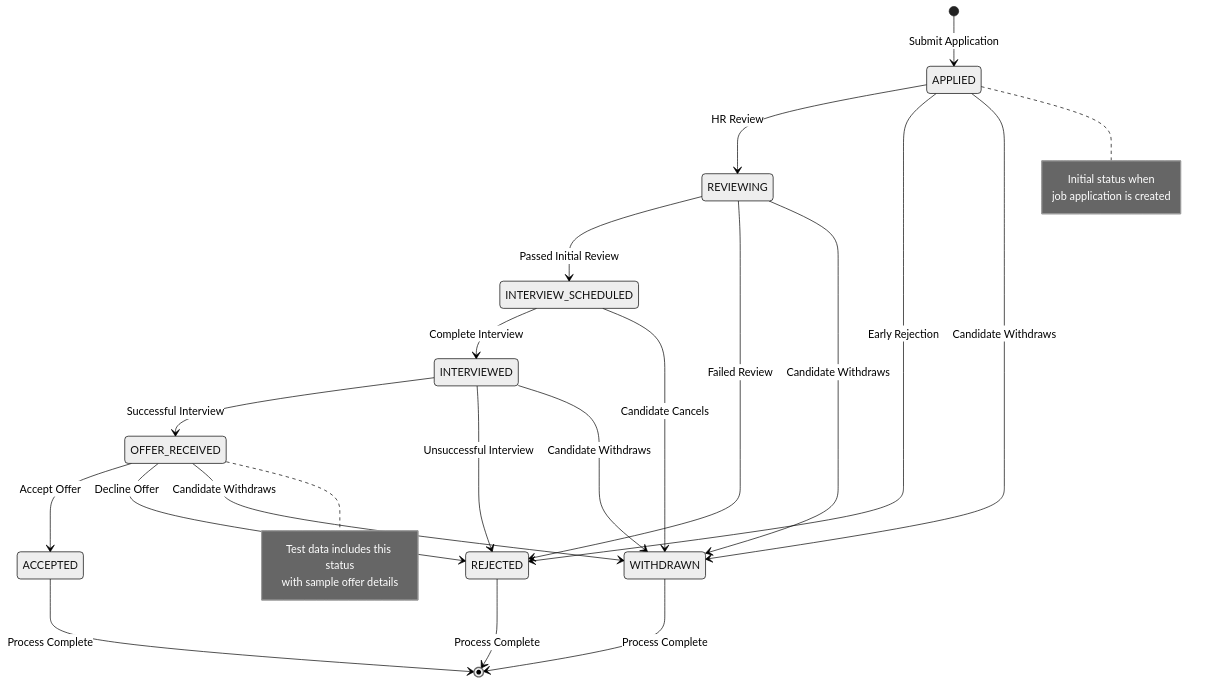
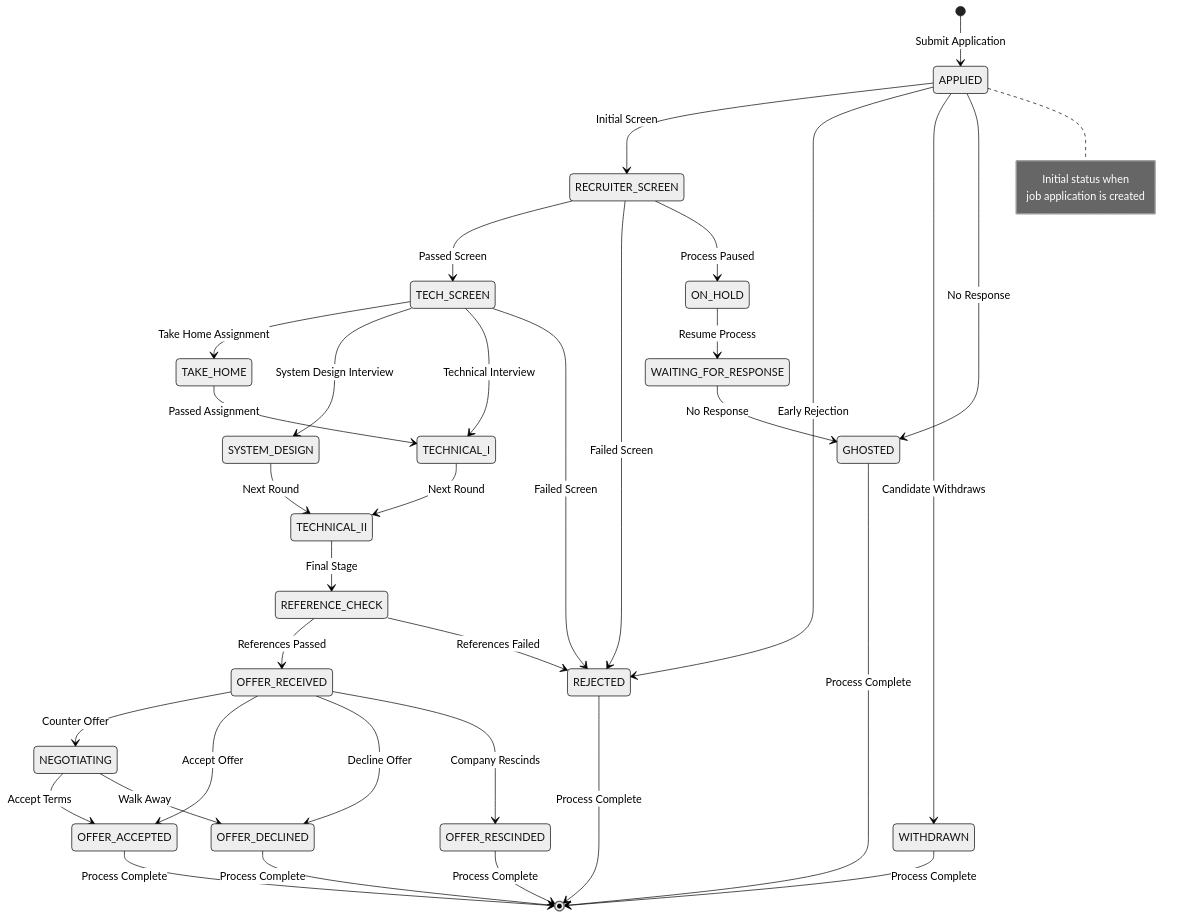
The fifth of 5 diagrams in README.md (Jnolcox/job-tracker), drawn with Mermaid (neutral theme) before and after one commit. The commit also changed other lines of this file and 1 other file, not shown here.

````diff
--- a/README.md
+++ b/README.md
@@ -222,37 +229,49 @@
 ```mermaid
 stateDiagram-v2
     [*] --> APPLIED: Submit Application
-    
-    APPLIED --> REVIEWING: HR Review
+
+    APPLIED --> RECRUITER_SCREEN: Initial Screen
     APPLIED --> REJECTED: Early Rejection
     APPLIED --> WITHDRAWN: Candidate Withdraws
-    
-    REVIEWING --> INTERVIEW_SCHEDULED: Passed Initial Review
-    REVIEWING --> REJECTED: Failed Review
-    REVIEWING --> WITHDRAWN: Candidate Withdraws
-    
-    INTERVIEW_SCHEDULED --> INTERVIEWED: Complete Interview
-    INTERVIEW_SCHEDULED --> WITHDRAWN: Candidate Cancels
-    
-    INTERVIEWED --> OFFER_RECEIVED: Successful Interview
-    INTERVIEWED --> REJECTED: Unsuccessful Interview
-    INTERVIEWED --> WITHDRAWN: Candidate Withdraws
-    
-    OFFER_RECEIVED --> ACCEPTED: Accept Offer
-    OFFER_RECEIVED --> REJECTED: Decline Offer
-    OFFER_RECEIVED --> WITHDRAWN: Candidate Withdraws
-    
-    ACCEPTED --> [*]: Process Complete
+    APPLIED --> GHOSTED: No Response
+
+    RECRUITER_SCREEN --> TECH_SCREEN: Passed Screen
+    RECRUITER_SCREEN --> REJECTED: Failed Screen
+    RECRUITER_SCREEN --> ON_HOLD: Process Paused
+
+    TECH_SCREEN --> TAKE_HOME: Take Home Assignment
+    TECH_SCREEN --> SYSTEM_DESIGN: System Design Interview
+    TECH_SCREEN --> TECHNICAL_I: Technical Interview
+    TECH_SCREEN --> REJECTED: Failed Screen
+
+    TAKE_HOME --> TECHNICAL_I: Passed Assignment
+    SYSTEM_DESIGN --> TECHNICAL_II: Next Round
+    TECHNICAL_I --> TECHNICAL_II: Next Round
+    TECHNICAL_II --> REFERENCE_CHECK: Final Stage
+
+    REFERENCE_CHECK --> OFFER_RECEIVED: References Passed
+    REFERENCE_CHECK --> REJECTED: References Failed
+
+    OFFER_RECEIVED --> NEGOTIATING: Counter Offer
+    OFFER_RECEIVED --> OFFER_ACCEPTED: Accept Offer
+    OFFER_RECEIVED --> OFFER_DECLINED: Decline Offer
+    OFFER_RECEIVED --> OFFER_RESCINDED: Company Rescinds
+
+    NEGOTIATING --> OFFER_ACCEPTED: Accept Terms
+    NEGOTIATING --> OFFER_DECLINED: Walk Away
+
+    ON_HOLD --> WAITING_FOR_RESPONSE: Resume Process
+    WAITING_FOR_RESPONSE --> GHOSTED: No Response
+
+    OFFER_ACCEPTED --> [*]: Process Complete
+    OFFER_DECLINED --> [*]: Process Complete
+    OFFER_RESCINDED --> [*]: Process Complete
     REJECTED --> [*]: Process Complete
     WITHDRAWN --> [*]: Process Complete
-    
+    GHOSTED --> [*]: Process Complete
+
     note right of APPLIED
         Initial status when
         job application is created
     end note
-    
-    note right of OFFER_RECEIVED
-        Test data includes this status
-        with sample offer details
-    end note
 ```
````
